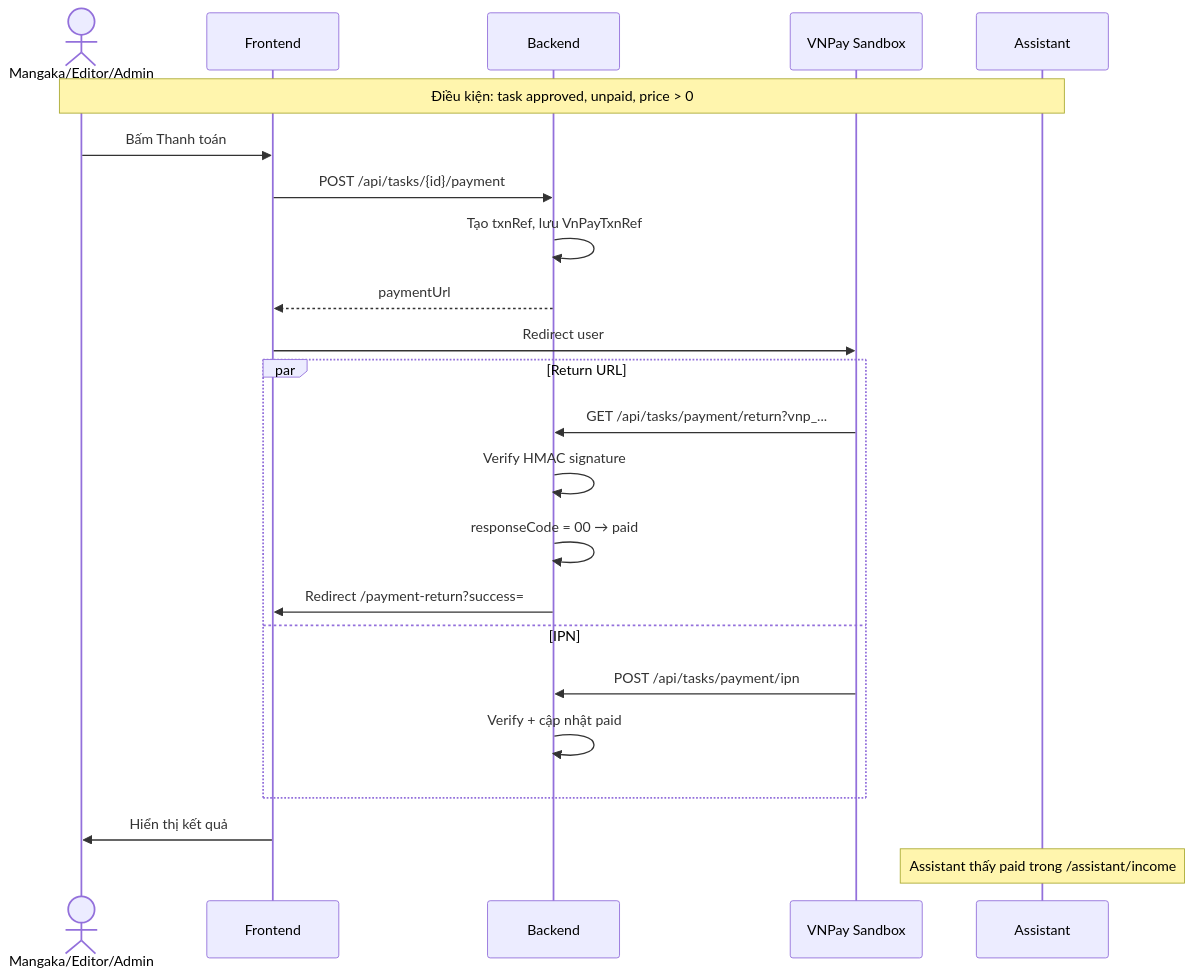
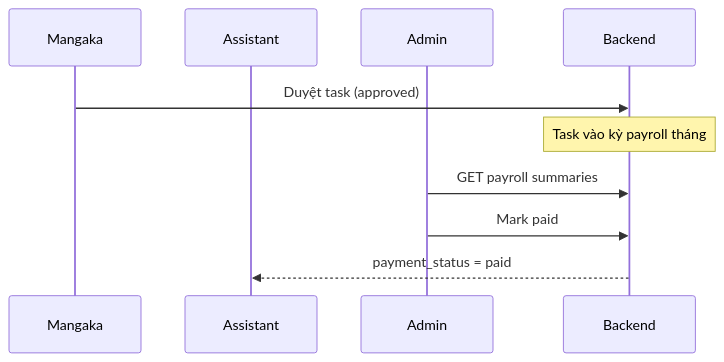
Before and after one commit to AngerTran/PRN232v1: diagram 21 of 26 in docs/ROLE-WORKFLOWS-DIAGRAMS.md, drawn with Mermaid. The commit also changed other lines of this file and 25 other files, not shown here.

````diff
--- a/docs/ROLE-WORKFLOWS-DIAGRAMS.md
+++ b/docs/ROLE-WORKFLOWS-DIAGRAMS.md
@@ -501,29 +503,13 @@
 ```mermaid
 sequenceDiagram
-    actor Payer as Mangaka/Editor/Admin
-    participant FE as Frontend
+    participant M as Mangaka
+    participant A as Assistant
+    participant AD as Admin
     participant BE as Backend
-    participant VN as VNPay Sandbox
-    participant A as Assistant
 
-    Note over Payer,A: Điều kiện: task approved, unpaid, price > 0
-
-    Payer->>FE: Bấm Thanh toán
-    FE->>BE: POST /api/tasks/{id}/payment
-    BE->>BE: Tạo txnRef, lưu VnPayTxnRef
-    BE-->>FE: paymentUrl
-    FE->>VN: Redirect user
-
-    par Return URL
-        VN->>BE: GET /api/tasks/payment/return?vnp_...
-        BE->>BE: Verify HMAC signature
-        BE->>BE: responseCode = 00 → paid
-        BE->>FE: Redirect /payment-return?success=
-    and IPN
-        VN->>BE: POST /api/tasks/payment/ipn
-        BE->>BE: Verify + cập nhật paid
-    end
-
-    FE->>Payer: Hiển thị kết quả
-    Note over A: Assistant thấy paid trong /assistant/income
+    M->>BE: Duyệt task (approved)
+    Note over BE: Task vào kỳ payroll tháng
+    AD->>BE: GET payroll summaries
+    AD->>BE: Mark paid
+    BE-->>A: payment_status = paid
 ```
````
